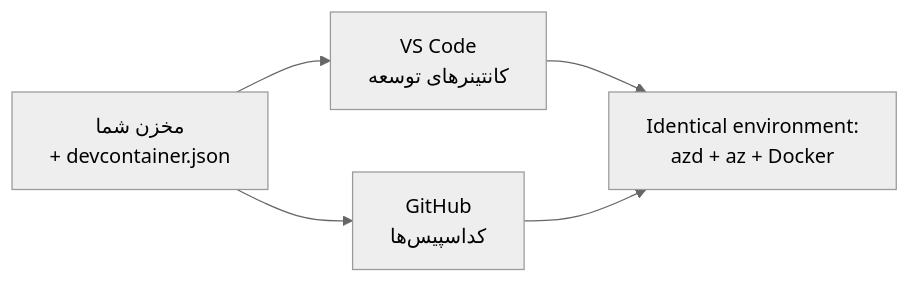
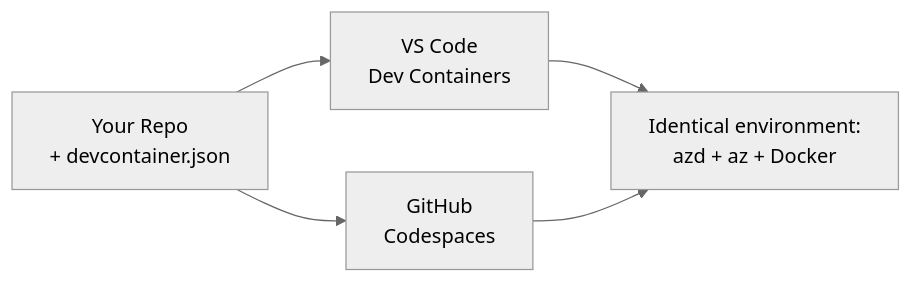
The diagram in translations/fa/docs/chapter-01-foundation/dev-containers.md (microsoft/AZD-for-beginners), drawn with Mermaid (neutral theme) before and after one commit. The commit also changed other lines of this file and 40 other files, not shown here.

````diff
--- a/translations/fa/docs/chapter-01-foundation/dev-containers.md
+++ b/translations/fa/docs/chapter-01-foundation/dev-containers.md
@@ -41,7 +41,7 @@
 ```mermaid
 graph LR
-    Repo[مخزن شما<br/>+ devcontainer.json] --> VSCode[VS Code<br/>کانتینرهای توسعه]
-    Repo --> Codespaces[GitHub<br/>کداسپیس‌ها]
+    Repo[Your Repo<br/>+ devcontainer.json] --> VSCode[VS Code<br/>Dev Containers]
+    Repo --> Codespaces[GitHub<br/>Codespaces]
     VSCode --> Env[Identical environment:<br/>azd + az + Docker]
     Codespaces --> Env
 ```
````
